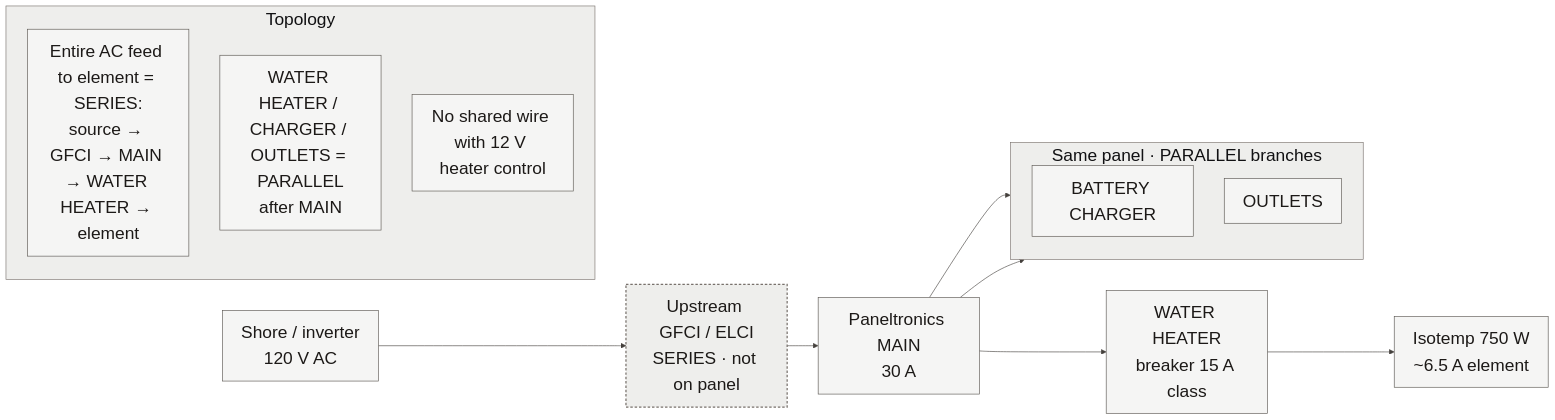
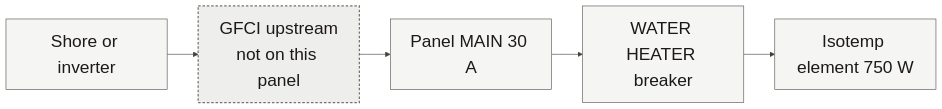
One commit to benracine/sprinter-heat changed the diagram in book/diagrams/electrical-ac.mmd. Above: the diagram before and after it, drawn with Mermaid. The commit also changed 23 other files, not shown here.

```diff
--- a/book/diagrams/electrical-ac.mmd
+++ b/book/diagrams/electrical-ac.mmd
@@ -1,30 +1,13 @@
 %%{init: {'theme':'base','themeVariables': {'background':'#fafaf9','primaryColor':'#f5f5f4','primaryTextColor':'#1c1917','primaryBorderColor':'#57534e','lineColor':'#44403c','secondaryColor':'#e7e5e4','tertiaryColor':'#eeeeec','fontFamily':'Avenir Next, Avenir, Helvetica Neue, sans-serif','fontSize':'28px','textColor':'#1c1917','mainBkg':'#f5f5f4','clusterBkg':'#eeeeec','clusterBorder':'#78716c','edgeLabelBackground':'#fafaf9'}}}%%
 flowchart LR
-  SHORE["Shore / inverter<br/>120 V AC"]
-  GFCI["Upstream GFCI / ELCI<br/>SERIES · not on panel"]
-  MAIN["Paneltronics MAIN<br/>30 A"]
-  WH["WATER HEATER<br/>breaker 15 A class"]
-  EL["Isotemp 750 W<br/>~6.5 A element"]
-
-  SHORE --> GFCI --> MAIN --> WH --> EL
-
-  subgraph other["Same panel · PARALLEL branches"]
-    direction TB
-    BC["BATTERY CHARGER"]
-    OUT["OUTLETS"]
-  end
-
-  MAIN --> BC
-  MAIN --> OUT
-
-  subgraph topo["Topology"]
-    direction TB
-    T1["Entire AC feed to element = SERIES:<br/>source → GFCI → MAIN → WATER HEATER → element"]
-    T2["WATER HEATER / CHARGER / OUTLETS = PARALLEL<br/>after MAIN"]
-    T3["No shared wire with 12 V heater control"]
-  end
+  SRC["Shore or inverter"]
+  GFCI["GFCI upstream<br/>not on this panel"]
+  MAIN["Panel MAIN 30 A"]
+  WH["WATER HEATER breaker"]
+  EL["Isotemp element 750 W"]
+  SRC --> GFCI --> MAIN --> WH --> EL
 
   classDef solid fill:#f5f5f4,stroke:#57534e,stroke-width:1px,color:#1c1917;
   classDef open fill:#eeeeec,stroke:#78716c,stroke-width:2px,stroke-dasharray:4 3,color:#1c1917;
-  class SHORE,MAIN,WH,EL,BC,OUT solid;
+  class SRC,MAIN,WH,EL solid;
   class GFCI open;
```
